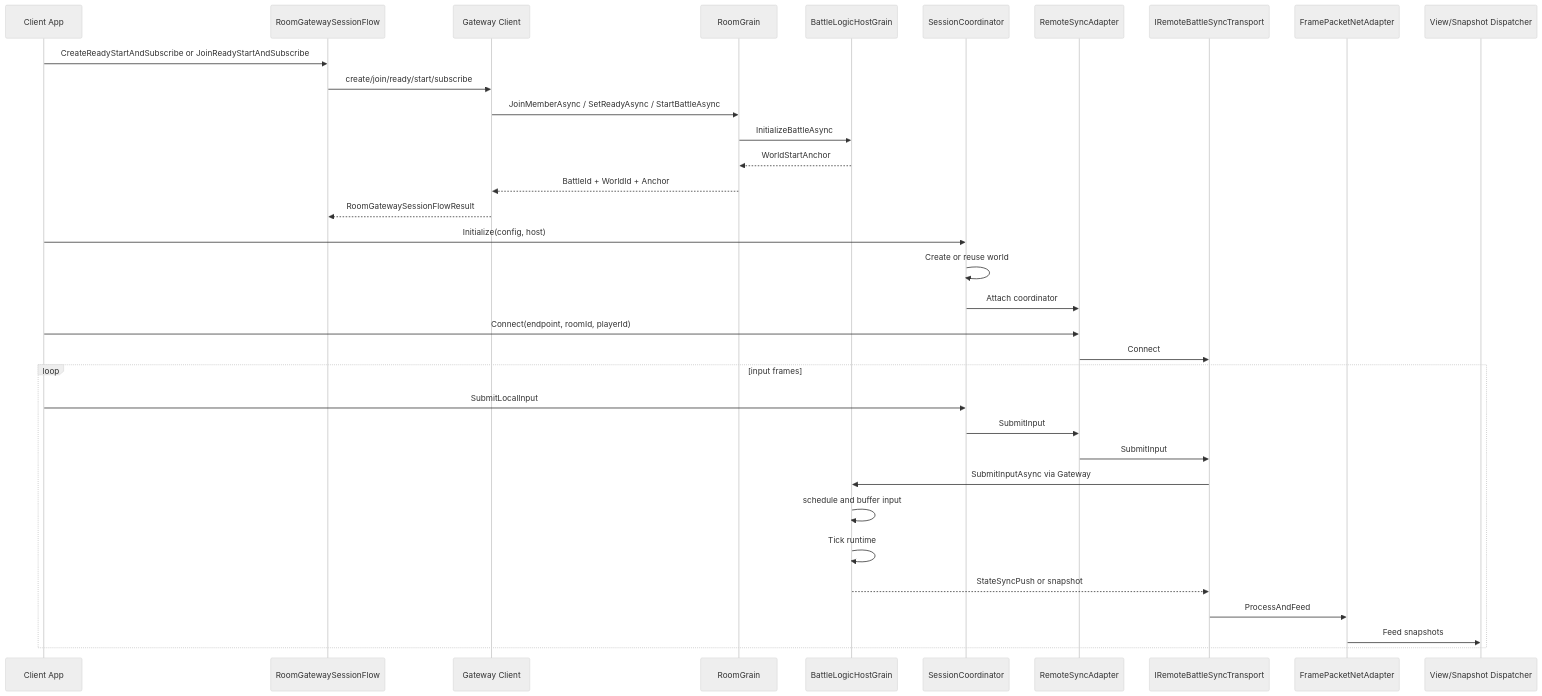
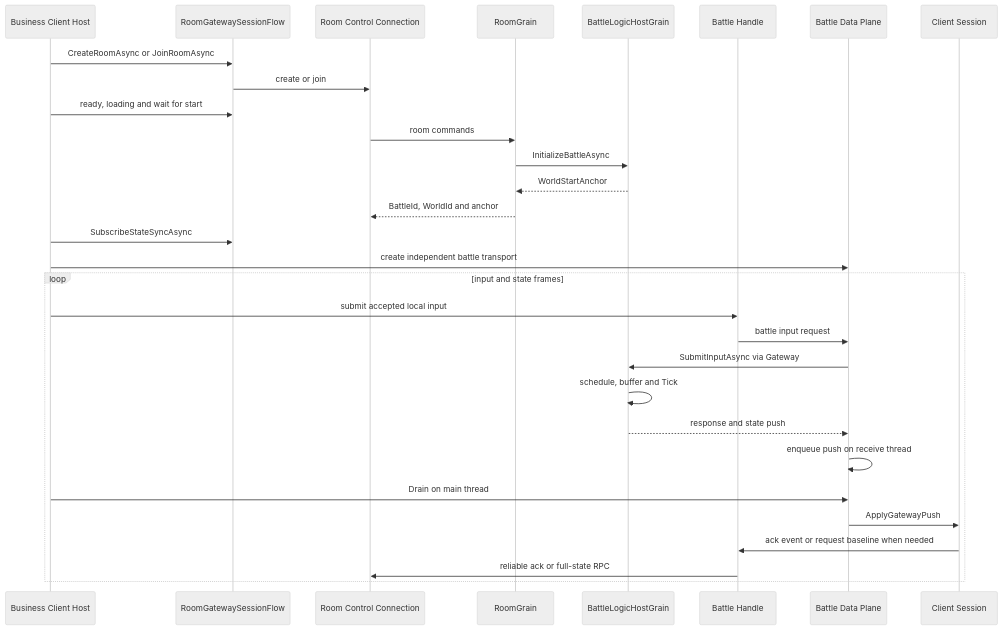
The ninth of 11 diagrams in Docs/design/07-NetworkSynchronization/05-SessionCoordination.md (HOBOBO/AbilityKit), drawn with Mermaid (neutral theme) before and after one commit. The commit also changed other lines of this file and 328 other files, not shown here.

````diff
--- a/Docs/design/07-NetworkSynchronization/05-SessionCoordination.md
+++ b/Docs/design/07-NetworkSynchronization/05-SessionCoordination.md
@@ -650,39 +518,34 @@
 ```mermaid
 sequenceDiagram
-    participant App as Client App
+    participant App as Business Client Host
     participant Flow as RoomGatewaySessionFlow
-    participant Gateway as Gateway Client
+    participant Control as Room Control Connection
     participant Room as RoomGrain
     participant Battle as BattleLogicHostGrain
-    participant Coord as SessionCoordinator
-    participant Sync as RemoteSyncAdapter
-    participant Transport as IRemoteBattleSyncTransport
-    participant NetAdapter as FramePacketNetAdapter
-    participant View as View/Snapshot Dispatcher
+    participant Handle as Battle Handle
+    participant Data as Battle Data Plane
+    participant Session as Client Session
 
-    App->>Flow: CreateReadyStartAndSubscribe or JoinReadyStartAndSubscribe
-    Flow->>Gateway: create/join/ready/start/subscribe
-    Gateway->>Room: JoinMemberAsync / SetReadyAsync / StartBattleAsync
+    App->>Flow: CreateRoomAsync or JoinRoomAsync
+    Flow->>Control: create or join
+    App->>Flow: ready, loading and wait for start
+    Control->>Room: room commands
     Room->>Battle: InitializeBattleAsync
     Battle-->>Room: WorldStartAnchor
-    Room-->>Gateway: BattleId + WorldId + Anchor
-    Gateway-->>Flow: RoomGatewaySessionFlowResult
+    Room-->>Control: BattleId, WorldId and anchor
+    App->>Flow: SubscribeStateSyncAsync
+    App->>Data: create independent battle transport
 
-    App->>Coord: Initialize(config, host)
-    Coord->>Coord: Create or reuse world
-    Coord->>Sync: Attach coordinator
-    App->>Sync: Connect(endpoint, roomId, playerId)
-    Sync->>Transport: Connect
-
-    loop input frames
-        App->>Coord: SubmitLocalInput
-        Coord->>Sync: SubmitInput
-        Sync->>Transport: SubmitInput
-        Transport->>Battle: SubmitInputAsync via Gateway
-        Battle->>Battle: schedule and buffer input
-        Battle->>Battle: Tick runtime
-        Battle-->>Transport: StateSyncPush or snapshot
-        Transport->>NetAdapter: ProcessAndFeed
-        NetAdapter->>View: Feed snapshots
+    loop input and state frames
+        App->>Handle: submit accepted local input
+        Handle->>Data: battle input request
+        Data->>Battle: SubmitInputAsync via Gateway
+        Battle->>Battle: schedule, buffer and Tick
+        Battle-->>Data: response and state push
+        Data->>Data: enqueue push on receive thread
+        App->>Data: Drain on main thread
+        Data->>Session: ApplyGatewayPush
+        Session->>Handle: ack event or request baseline when needed
+        Handle->>Control: reliable ack or full-state RPC
     end
 ```
````
